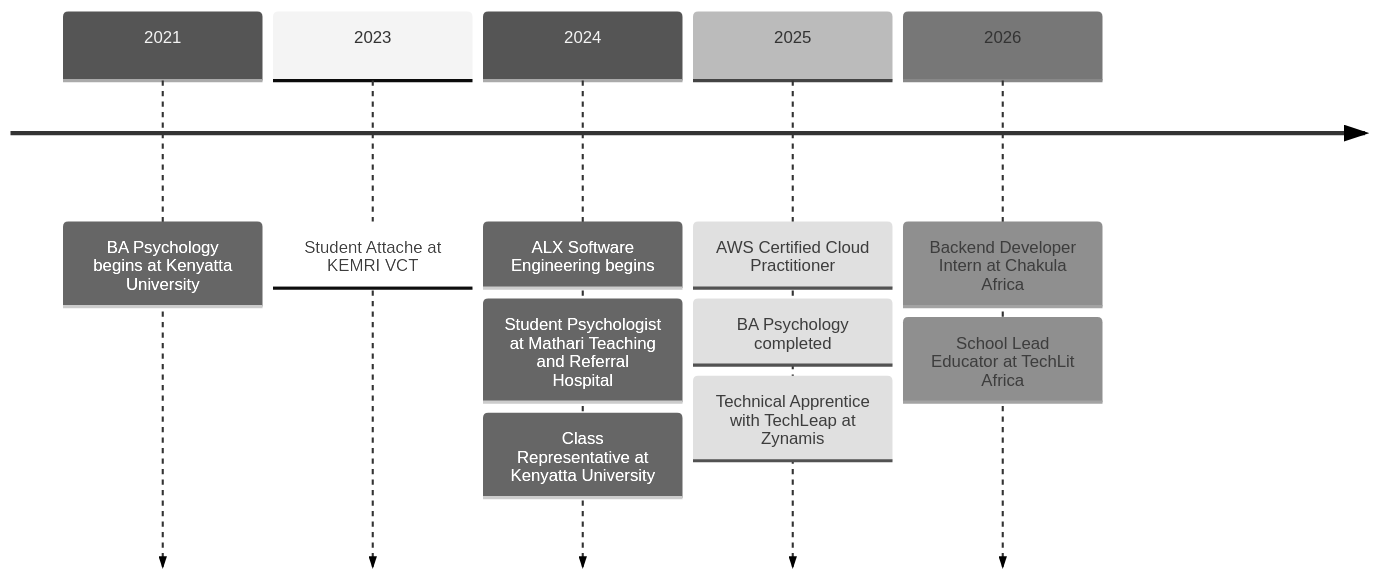
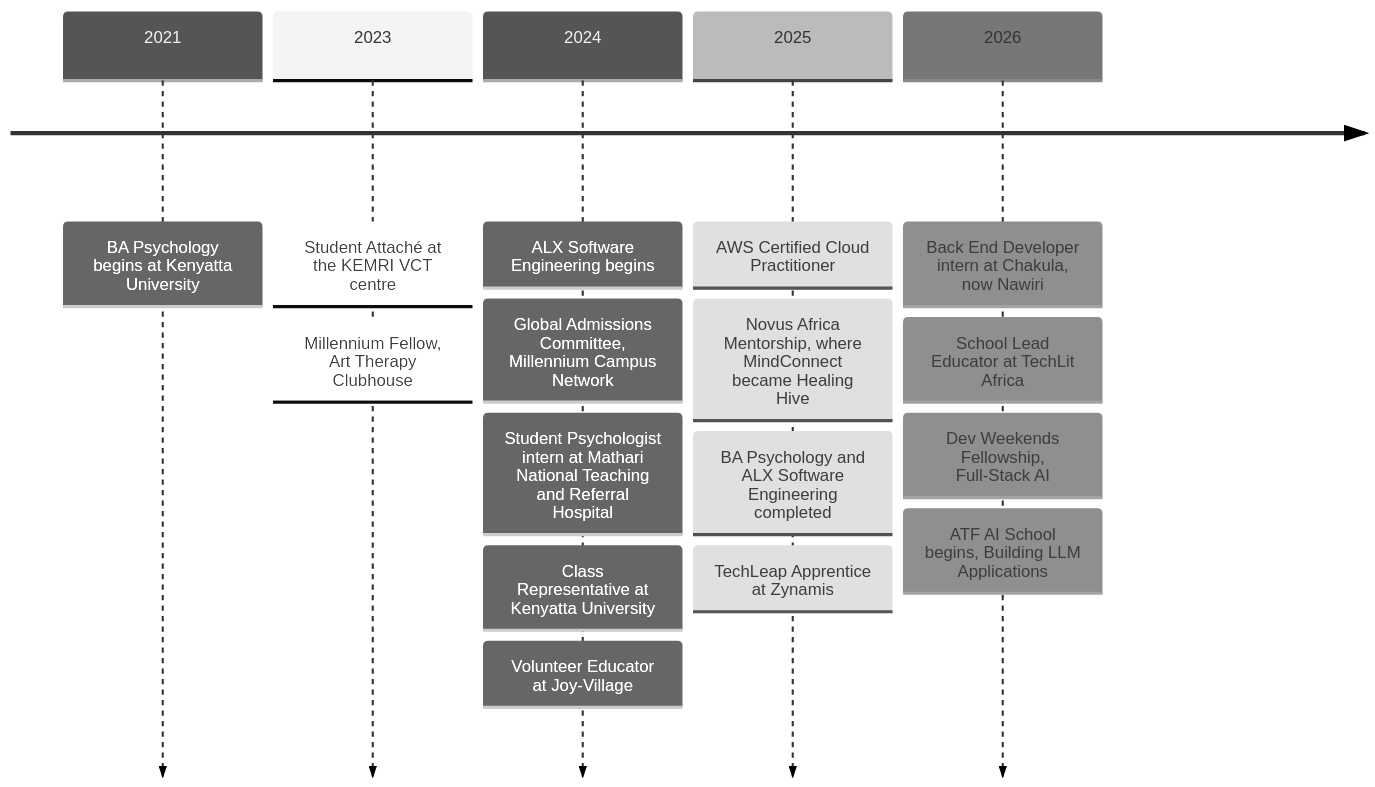
Before and after one commit to KathFK1234/KathFK1234: the third of 3 diagrams in README.md, drawn with Mermaid (neutral theme). The commit also changed other lines of this file and 1 other file, not shown here.

First line of the commit message:
Tell the profile README and its header from the new LinkedIn profile: intro, timeline, interests, skills and what to try

````diff
--- a/README.md
+++ b/README.md
@@ -229,13 +231,19 @@
 ```mermaid
 timeline
     2021 : BA Psychology begins at Kenyatta University
-    2023 : Student Attache at KEMRI VCT
+    2023 : Student Attaché at the KEMRI VCT centre
+         : Millennium Fellow, Art Therapy Clubhouse
     2024 : ALX Software Engineering begins
-         : Student Psychologist at Mathari Teaching and Referral Hospital
+         : Global Admissions Committee, Millennium Campus Network
+         : Student Psychologist intern at Mathari National Teaching and Referral Hospital
          : Class Representative at Kenyatta University
+         : Volunteer Educator at Joy-Village
     2025 : AWS Certified Cloud Practitioner
-         : BA Psychology completed
-         : Technical Apprentice with TechLeap at Zynamis
-    2026 : Backend Developer Intern at Chakula Africa
+         : Novus Africa Mentorship, where MindConnect became Healing Hive
+         : BA Psychology and ALX Software Engineering completed
+         : TechLeap Apprentice at Zynamis
+    2026 : Back End Developer intern at Chakula, now Nawiri
          : School Lead Educator at TechLit Africa
+         : Dev Weekends Fellowship, Full-Stack AI
+         : ATF AI School begins, Building LLM Applications
 ```
````
